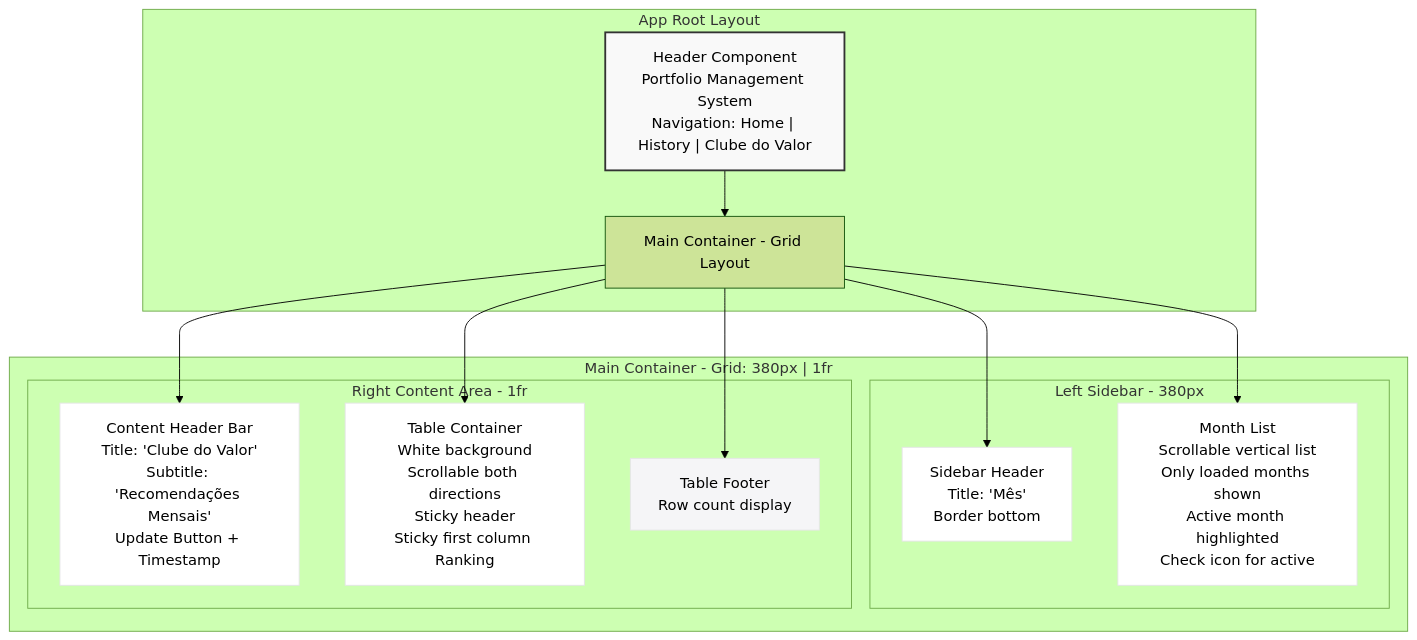
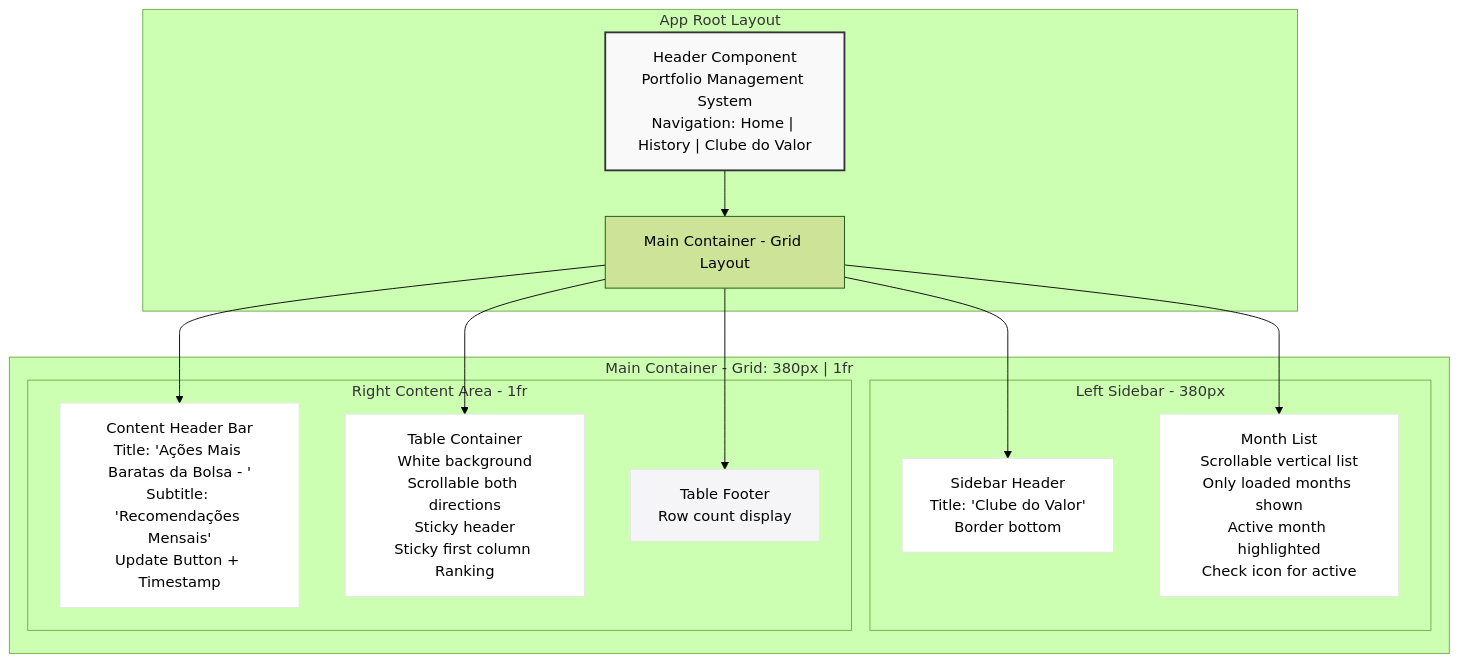
Before and after one commit to leandrobiazao/d2xmoney: the diagram in doc/spec/05-clube-do-valor-redesign.md, drawn with Mermaid (forest theme). The commit also changed other lines of this file and 43 other files, not shown here.

````diff
--- a/doc/spec/05-clube-do-valor-redesign.md
+++ b/doc/spec/05-clube-do-valor-redesign.md
@@ -26,30 +26,30 @@
 ```mermaid
 graph TB
     subgraph Root["App Root Layout"]
         Header["Header Component<br/>Portfolio Management System<br/>Navigation: Home | History | Clube do Valor"]
         Main["Main Container - Grid Layout"]
     end
     subgraph Grid["Main Container - Grid: 380px | 1fr"]
         subgraph Sidebar["Left Sidebar - 380px"]
-            SidebarHeader["Sidebar Header<br/>Title: 'Mês'<br/>Border bottom"]
+            SidebarHeader["Sidebar Header<br/>Title: 'Clube do Valor'<br/>Border bottom"]
             MonthList["Month List<br/>Scrollable vertical list<br/>Only loaded months shown<br/>Active month highlighted<br/>Check icon for active"]
         end
         subgraph Content["Right Content Area - 1fr"]
-            ContentHeader["Content Header Bar<br/>Title: 'Clube do Valor'<br/>Subtitle: 'Recomendações Mensais'<br/>Update Button + Timestamp"]
+            ContentHeader["Content Header Bar<br/>Title: 'Ações Mais Baratas da Bolsa - <Month>'<br/>Subtitle: 'Recomendações Mensais'<br/>Update Button + Timestamp"]
             TableContainer["Table Container<br/>White background<br/>Scrollable both directions<br/>Sticky header<br/>Sticky first column Ranking"]
             TableFooter["Table Footer<br/>Row count display"]
         end
     end
     Header --> Main
     Main --> SidebarHeader
     Main --> MonthList
     Main --> ContentHeader
     Main --> TableContainer
     Main --> TableFooter
     style Header fill:#f9f9f9,stroke:#333,stroke-width:2px
     style SidebarHeader fill:#ffffff,stroke:#e5e5e7,stroke-width:1px
     style MonthList fill:#ffffff,stroke:#e5e5e7,stroke-width:1px
     style ContentHeader fill:#ffffff,stroke:#e5e5e7,stroke-width:1px
     style TableContainer fill:#ffffff,stroke:#e5e5e7,stroke-width:1px
     style TableFooter fill:#f5f5f7,stroke:#e5e5e7,stroke-width:1px
 ```
````
